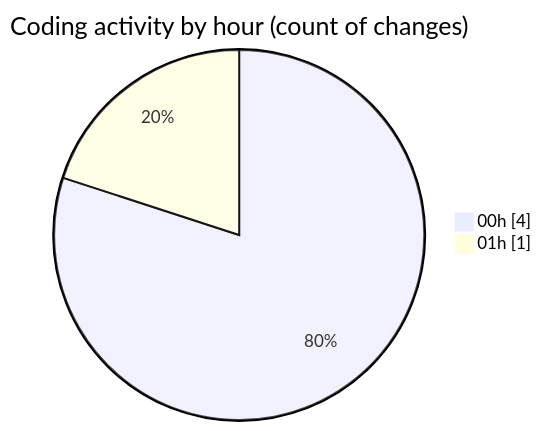
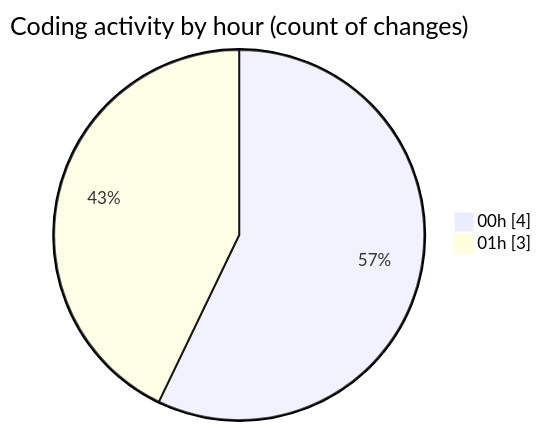
Before and after one commit to hasnaa123/code-tracking: the second of 2 diagrams in 2026-02-26/python_ai/README.md, drawn with Mermaid. The commit also changed other lines of this file and 1 other file, not shown here.

````diff
--- a/2026-02-26/python_ai/README.md
+++ b/2026-02-26/python_ai/README.md
@@ -31,6 +31,6 @@
 ```mermaid
 pie showData
 title Coding activity by hour (count of changes)
 "00h" : 4
-"01h" : 1
+"01h" : 3
 ```
````
